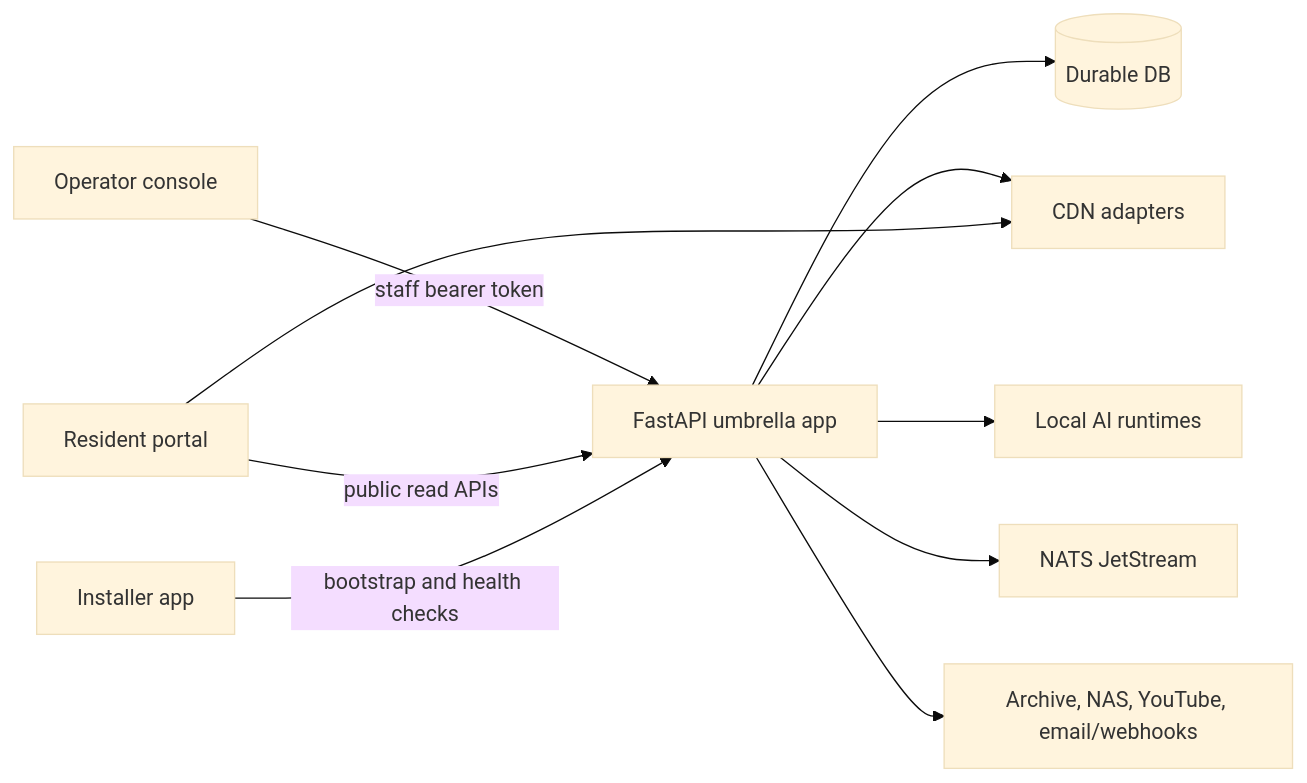
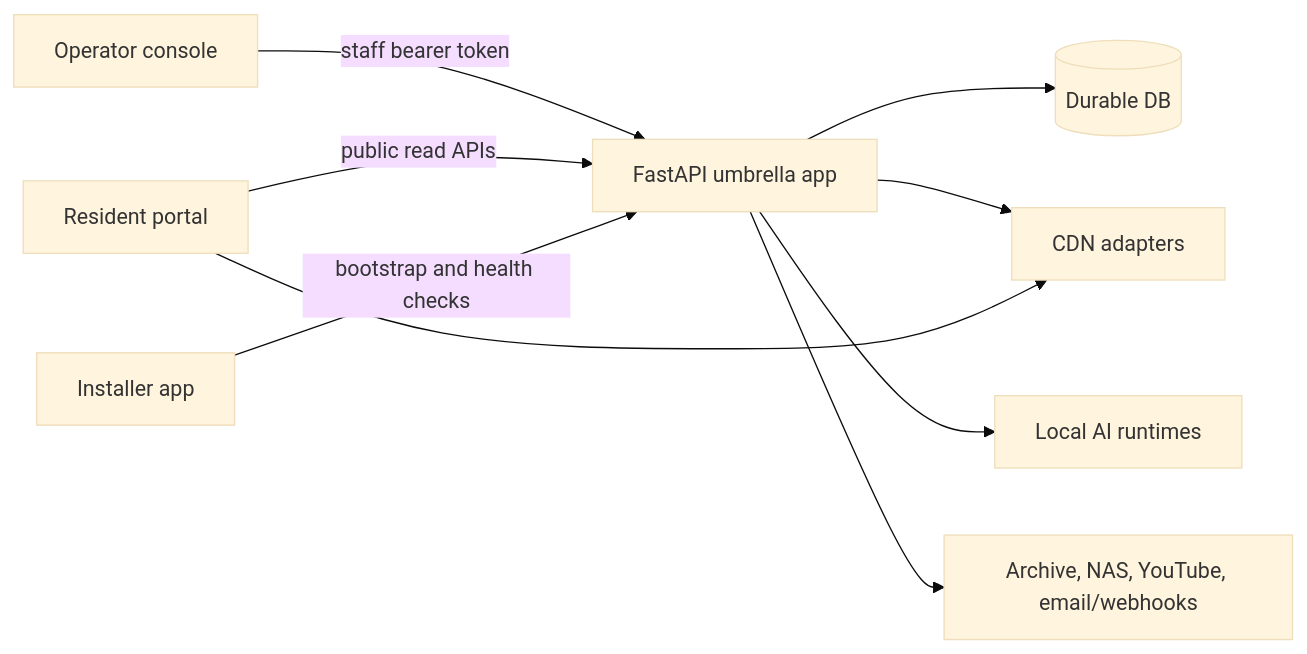
The first of 3 diagrams in ARCHITECTURE.md (scottconverse/civiccast-native), drawn with Mermaid (base theme) before and after one commit. The commit also changed other lines of this file and 30 other files, not shown here.

````diff
--- a/ARCHITECTURE.md
+++ b/ARCHITECTURE.md
@@ -59,22 +59,20 @@
 ```mermaid
 flowchart LR
     Operator["Operator console"]
     Resident["Resident portal"]
     Installer["Installer app"]
     API["FastAPI umbrella app"]
     DB[("Durable DB")]
     CDN["CDN adapters"]
     AI["Local AI runtimes"]
-    Broker["NATS JetStream"]
     External["Archive, NAS, YouTube, email/webhooks"]
 
     Operator -->|staff bearer token| API
     Resident -->|public read APIs| API
     Installer -->|bootstrap and health checks| API
     API --> DB
     API --> CDN
     API --> AI
-    API --> Broker
     API --> External
     Resident --> CDN
 ```
````
